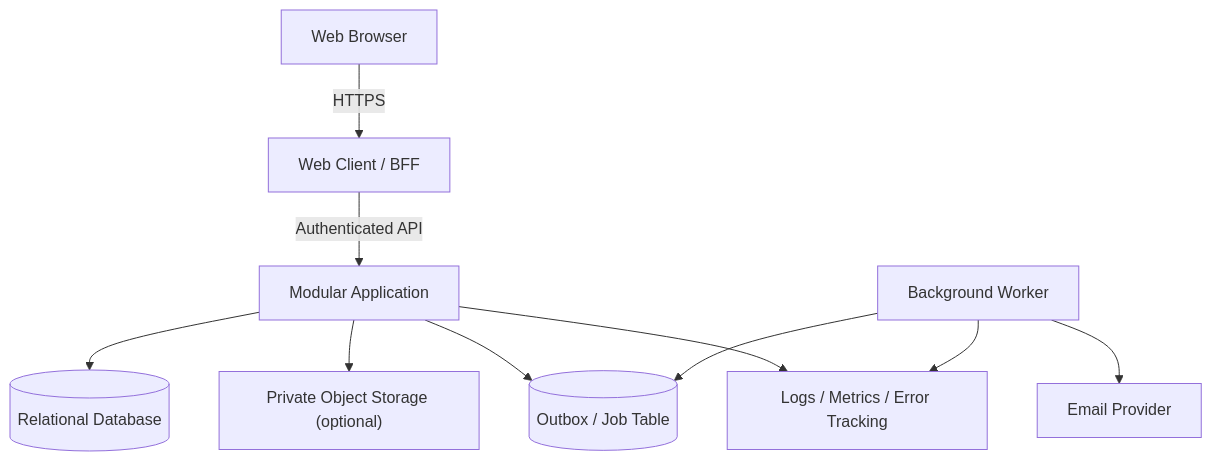
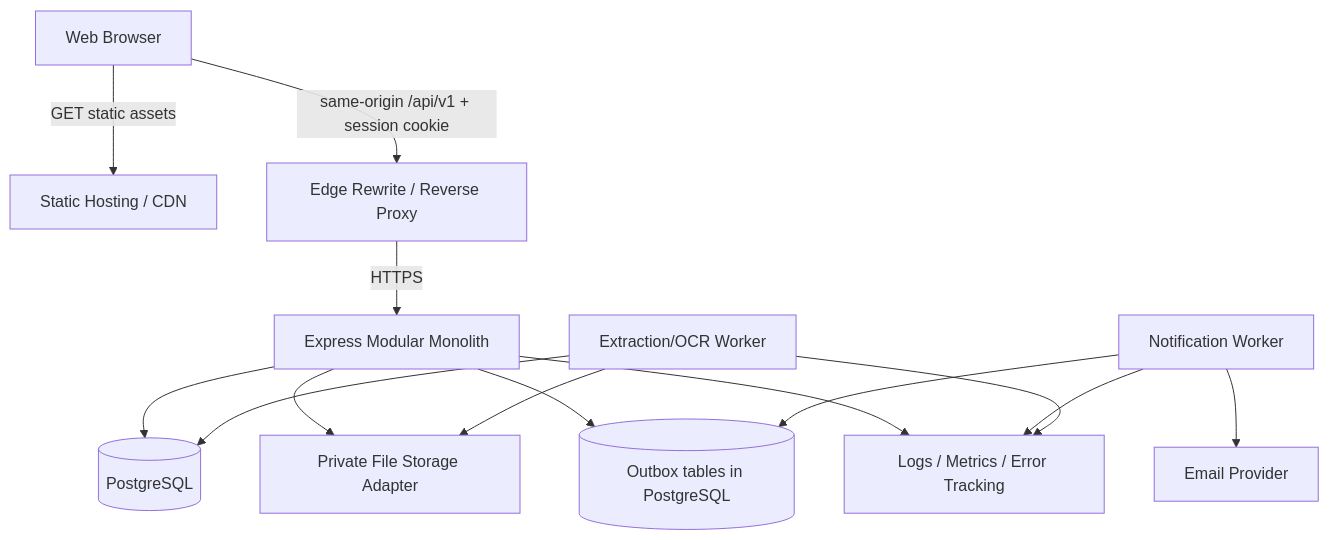
The second of 7 diagrams in docs/Project_Architecture/software_architecture.md (tnnhuaa/InterviewQuestionBank), drawn with Mermaid before and after one commit. The commit also changed other lines of this file and 4 other files, not shown here.

First line of the commit message:
docs(architecture): clarify MVP baseline and PoC validation scope (#2)

````diff
--- a/docs/Project_Architecture/software_architecture.md
+++ b/docs/Project_Architecture/software_architecture.md
@@ -89,12 +123,16 @@
 ```mermaid
 flowchart TB
-    Browser["Web Browser"] -->|HTTPS| WebUI["Web Client / BFF"]
-    WebUI -->|Authenticated API| App["Modular Application"]
-    App --> DB[("Relational Database")]
-    App --> Obj["Private Object Storage (optional)"]
-    App --> Outbox[("Outbox / Job Table")]
-    Worker["Background Worker"] --> Outbox
+    Browser["Web Browser"] -->|"GET static assets"| CDN["Static Hosting / CDN"]
+    Browser -->|"same-origin /api/v1 + session cookie"| Proxy["Edge Rewrite / Reverse Proxy"]
+    Proxy -->|HTTPS| API["Express Modular Monolith"]
+    API --> DB[("PostgreSQL")]
+    API --> Obj["Private File Storage Adapter"]
+    DocWorker["Extraction/OCR Worker"] --> DB
+    DocWorker --> Obj
+    API --> Outbox[("Outbox tables in PostgreSQL")]
+    Worker["Notification Worker"] --> Outbox
     Worker --> Email["Email Provider"]
-    App --> Obs["Logs / Metrics / Error Tracking"]
+    API --> Obs["Logs / Metrics / Error Tracking"]
     Worker --> Obs
+    DocWorker --> Obs
 ```
````
